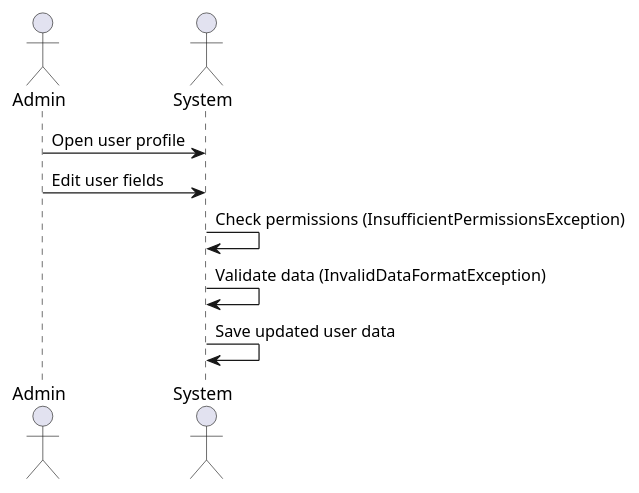
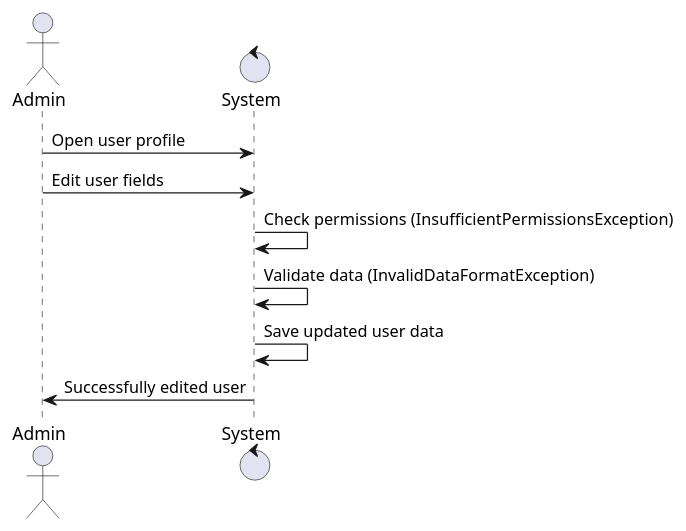
One commit to luckyscammer/IO-35_DB_gr4 changed the seventh of 20 diagrams in docs/use cases/README.md. Above: the diagram before and after it, drawn with PlantUML. The commit also changed other lines of this file, not shown here.

Commit message:
Fixed EditUser diagram

```diff
--- a/docs/use cases/README.md
+++ b/docs/use cases/README.md
@@ -132,12 +131,13 @@
 @startuml
 
-actor Admin
-actor System
+actor Admin as A
+control System as S
 
-Admin -> System: Open user profile
-Admin -> System: Edit user fields
-System -> System: Check permissions (InsufficientPermissionsException)
-System -> System: Validate data (InvalidDataFormatException)
-System -> System: Save updated user data
+A -> S: Open user profile
+A -> S: Edit user fields
+S -> S: Check permissions (InsufficientPermissionsException)
+S -> S: Validate data (InvalidDataFormatException)
+S -> S: Save updated user data
+S -> A: Successfully edited user
 
 @enduml
```
